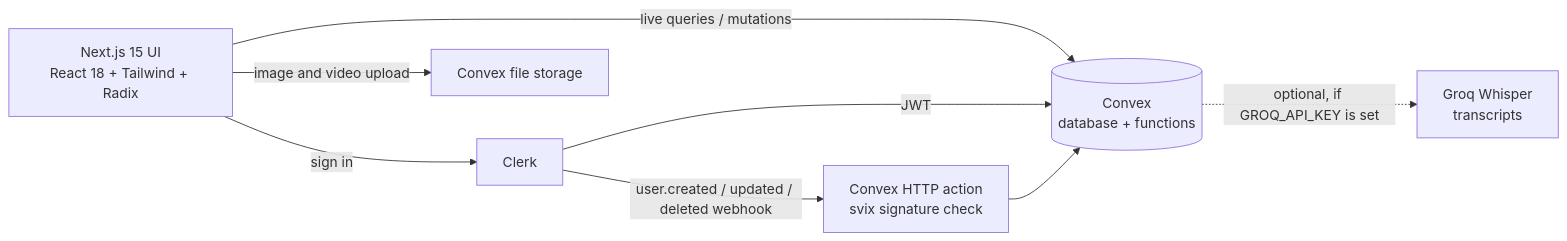
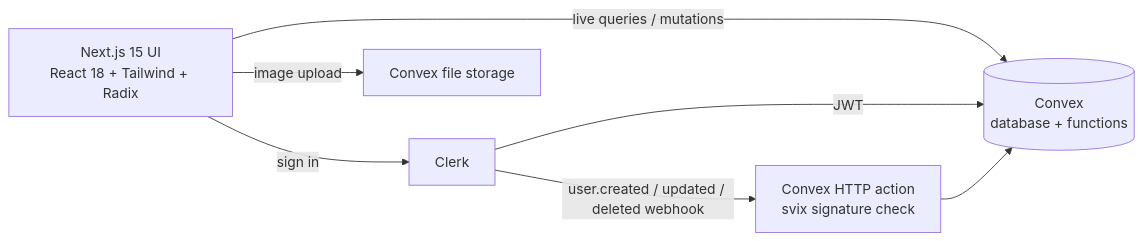
The diagram in README.md (hewansirak/Discordish-Clone), drawn with Mermaid before and after one commit. The commit also changed other lines of this file, not shown here.

````diff
--- a/README.md
+++ b/README.md
@@ -43,10 +43,9 @@
 ```mermaid
 flowchart LR
     B[Next.js 15 UI<br/>React 18 + Tailwind + Radix] -- live queries / mutations --> C[(Convex<br/>database + functions)]
     B -- sign in --> K[Clerk]
     K -- JWT --> C
     K -- user.created / updated / deleted webhook --> H[Convex HTTP action<br/>svix signature check]
     H --> C
-    B -- image and video upload --> S[Convex file storage]
-    C -. optional, if GROQ_API_KEY is set .-> G[Groq Whisper<br/>transcripts]
+    B -- image upload --> S[Convex file storage]
 ```
````
